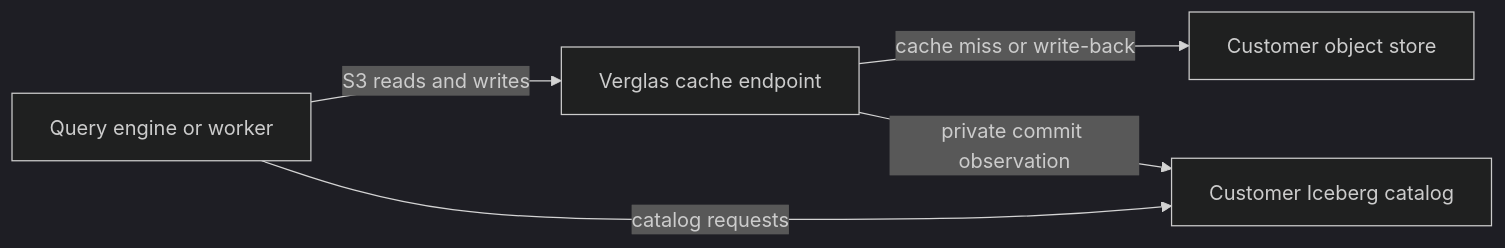
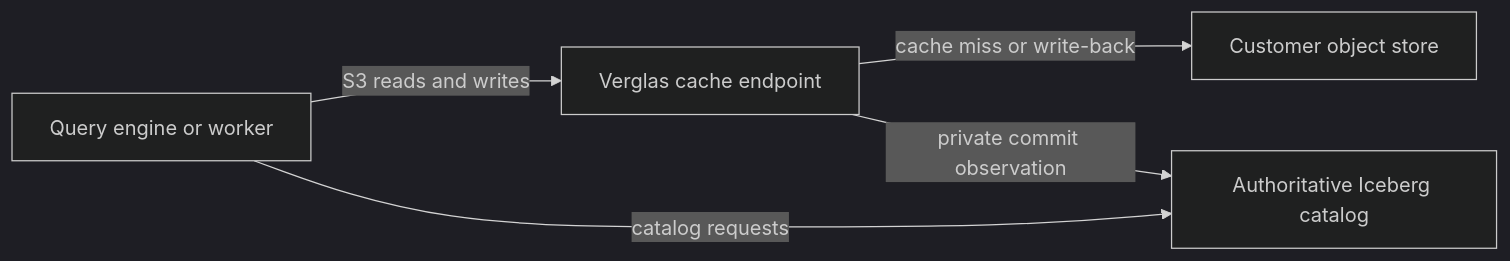
Before and after one commit to verglas-org/verglas: the diagram in docs/index.mdx, drawn with Mermaid (dark theme). The commit also changed other lines of this file and 44 other files, not shown here.

````diff
--- a/docs/index.mdx
+++ b/docs/index.mdx
@@ -37,7 +41,7 @@
 ```mermaid
 flowchart LR
     A["Query engine or worker"] -->|"S3 reads and writes"| B["Verglas cache endpoint"]
     B -->|"cache miss or write-back"| C["Customer object store"]
-    A -->|"catalog requests"| D["Customer Iceberg catalog"]
+    A -->|"catalog requests"| D["Authoritative Iceberg catalog"]
     B -->|"private commit observation"| D
 ```
````
